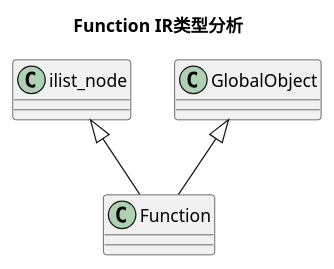
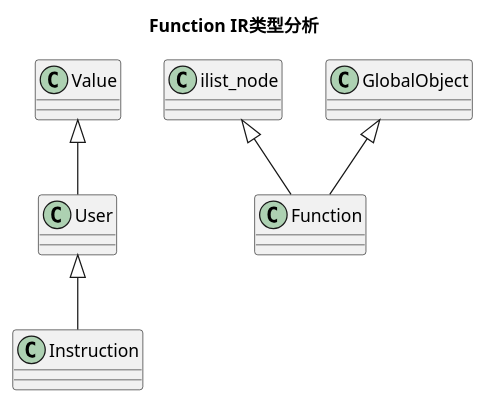
One commit to Jayson-du/ZPU_summary changed the diagram in chapter_2/plantuml/IR/Function/Function_class.wsd. Above: the diagram before and after it, drawn with PlantUML.

Commit message:
build: learn llvm IR

```diff
--- a/chapter_2/plantuml/IR/Function/Function_class.wsd
+++ b/chapter_2/plantuml/IR/Function/Function_class.wsd
@@ -1,21 +1,38 @@
 @startuml
 
 title "Function IR类型分析"
 top to bottom direction
 skinparam groupInheritance 2
 
 ' **********
 ' 类定义
 ' **********
+
+class Value {
+
+}
+
+class User {
+
+}
+
+class Instruction {
+
+}
+
 class Function {
 
 }
 
 
 ' **********
 ' 类关系
 ' **********
+Value                 <|--            User
+
+User                  <|--            Instruction
+
 ilist_node            <|--            Function
 GlobalObject          <|--            Function
 
 @enduml
```
